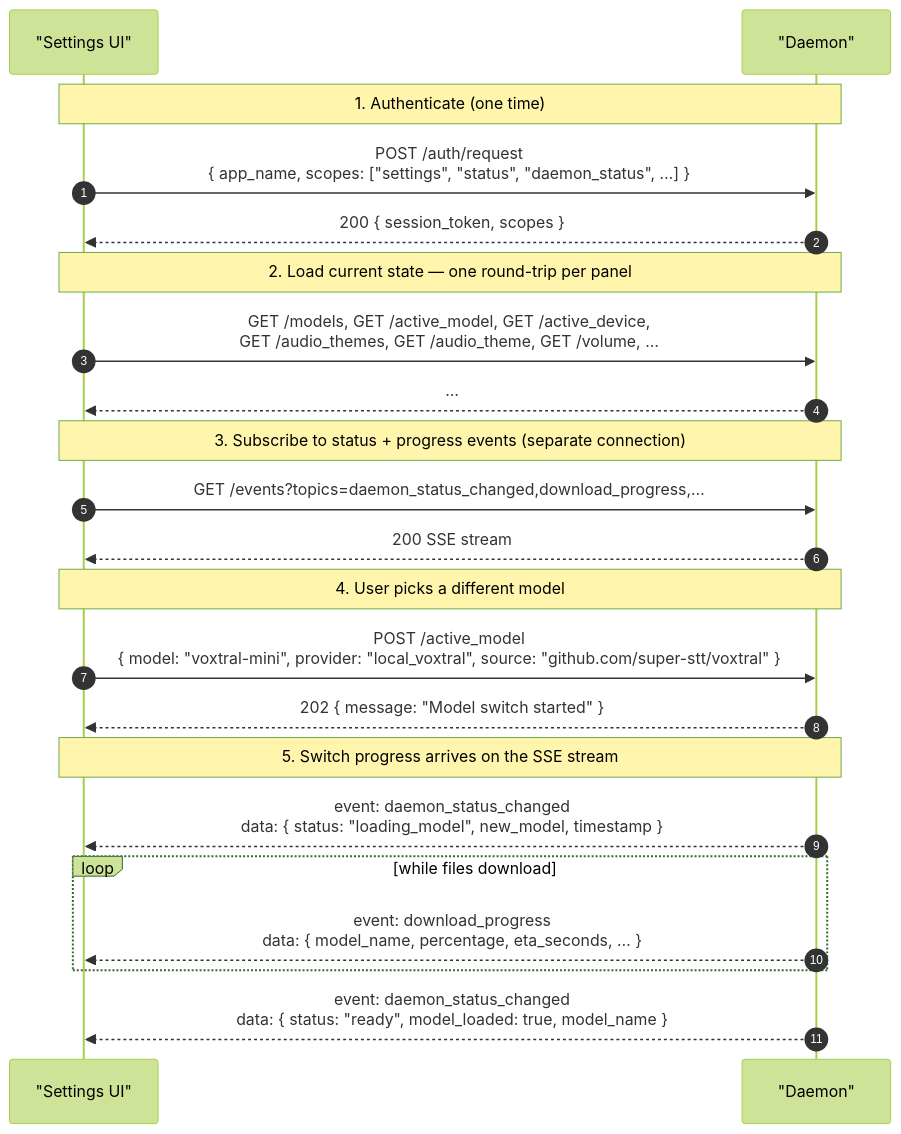
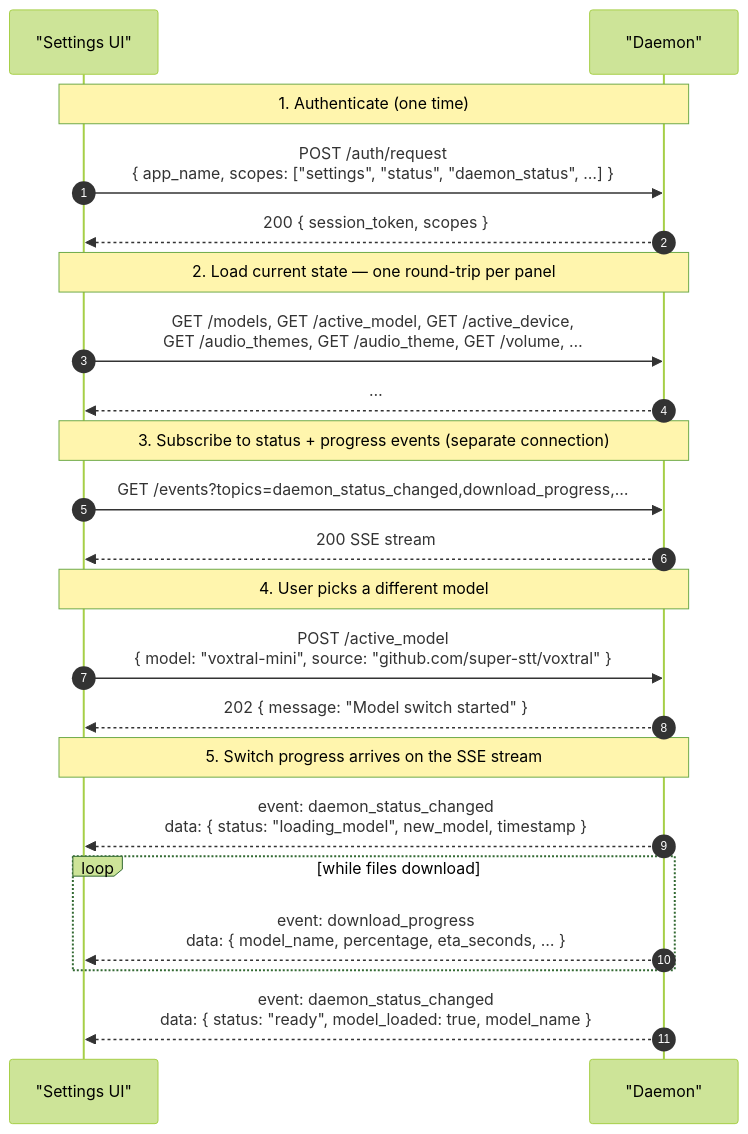
Before and after one commit to haydonryan/super-stt: the diagram in docs/protocol/scopes/settings.md, drawn with Mermaid (forest theme). The commit also changed 90 other files, not shown here.

````diff
--- a/docs/protocol/scopes/settings.md
+++ b/docs/protocol/scopes/settings.md
@@ -72,29 +72,29 @@
 ```mermaid
 sequenceDiagram
     autonumber
     participant App as "Settings UI"
     participant D as "Daemon"
 
     Note over App,D: 1. Authenticate (one time)
     App->>D: POST /auth/request<br/>{ app_name, scopes: ["settings", "status", "daemon_status", …] }
     D-->>App: 200 { session_token, scopes }
 
     Note over App,D: 2. Load current state — one round-trip per panel
     App->>D: GET /models, GET /active_model, GET /active_device,<br/>      GET /audio_themes, GET /audio_theme, GET /volume, …
     D-->>App: …
 
     Note over App,D: 3. Subscribe to status + progress events (separate connection)
     App->>D: GET /events?topics=daemon_status_changed,download_progress,…
     D-->>App: 200 SSE stream
 
     Note over App,D: 4. User picks a different model
-    App->>D: POST /active_model<br/>{ model: "voxtral-mini", provider: "local_voxtral", source: "github.com/super-stt/voxtral" }
+    App->>D: POST /active_model<br/>{ model: "voxtral-mini", source: "github.com/super-stt/voxtral" }
     D-->>App: 202 { message: "Model switch started" }
 
     Note over App,D: 5. Switch progress arrives on the SSE stream
     D-->>App: event: daemon_status_changed<br/>data: { status: "loading_model", new_model, timestamp }
     loop while files download
         D-->>App: event: download_progress<br/>data: { model_name, percentage, eta_seconds, … }
     end
     D-->>App: event: daemon_status_changed<br/>data: { status: "ready", model_loaded: true, model_name }
 ```
````
